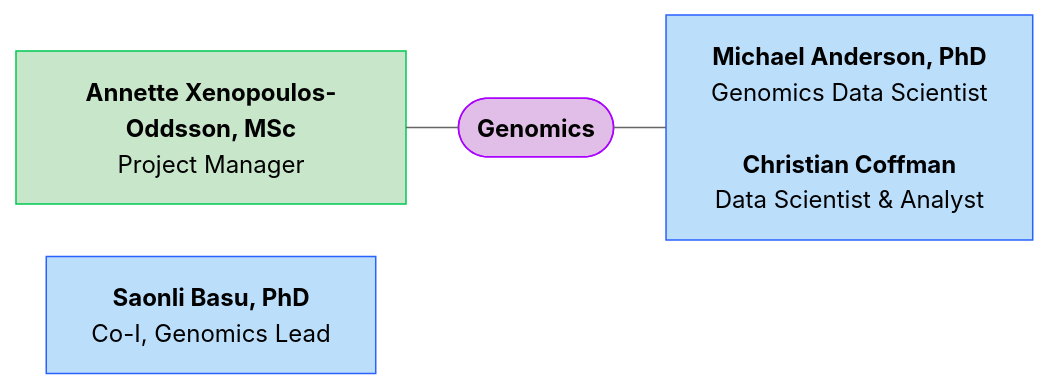
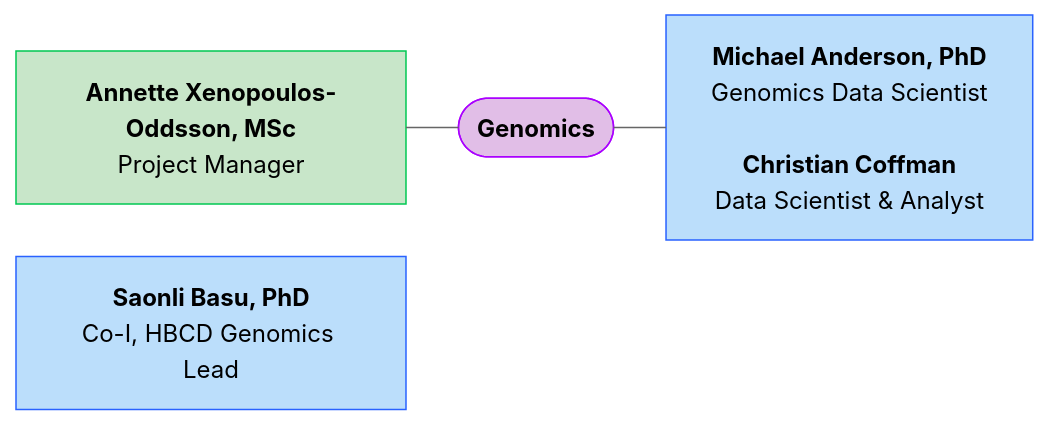
Before and after one commit to DCAN-Labs/hbcd-docs-internal: diagram 11 of 13 in docs/orgcharts.md, drawn with Mermaid (neutral theme).

````diff
--- a/docs/orgcharts.md
+++ b/docs/orgcharts.md
@@ -406,14 +406,14 @@
 ```mermaid
 ---
 config:
   layout: elk
 ---
 flowchart LR
     B["<b>Annette Xenopoulos-Oddsson, MSc</b><br>Project Manager"] --- n3(["<b>Genomics</b>"])
     n3 --- G["<b>Michael Anderson, PhD</b><br>Genomics Data Scientist<br><br><b>Christian Coffman</b><br>Data Scientist &amp; Analyst"]
-    E["<b>Saonli Basu, PhD</b><br>Co-I, Genomics Lead"]
+    E["<b>Saonli Basu, PhD</b><br>Co-I, HBCD Genomics Lead"]
     style B fill:#C8E6C9,stroke:#00C853
     style n3 fill:#E1BEE7,stroke:#AA00FF
     style G fill:#BBDEFB,stroke:#2962FF
     style E fill:#BBDEFB,stroke:#2962FF
 ```
````
